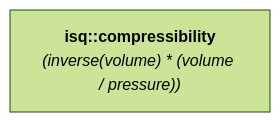
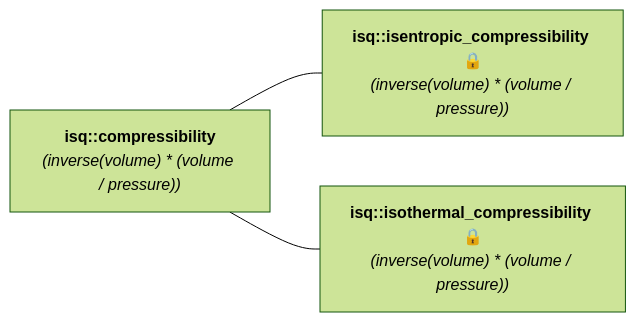
One commit to mpusz/mp-units changed the diagram in docs/reference/systems_reference/hierarchies/compressibility.md. Above: the diagram before and after it, drawn with Mermaid (forest theme). The commit also changed other lines of this file and 38 other files, not shown here.

````diff
--- a/docs/reference/systems_reference/hierarchies/compressibility.md
+++ b/docs/reference/systems_reference/hierarchies/compressibility.md
@@ -8,4 +8,8 @@
 ```mermaid
 flowchart LR
     isq_compressibility["<b><a href="../../systems/isq/#compressibility" style="color: var(--md-mermaid-label-fg-color); text-decoration: none;">isq::compressibility</a></b><br><i>(inverse(<a href="../../systems/isq/#volume" style="color: var(--md-mermaid-label-fg-color); text-decoration: none;">volume</a>) * (<a href="../../systems/isq/#volume" style="color: var(--md-mermaid-label-fg-color); text-decoration: none;">volume</a> / <a href="../../systems/isq/#pressure" style="color: var(--md-mermaid-label-fg-color); text-decoration: none;">pressure</a>))</i>"]
+    isq_isentropic_compressibility["<b><a href="../../systems/isq/#isentropic_compressibility" style="color: var(--md-mermaid-label-fg-color); text-decoration: none;">isq::isentropic_compressibility</a> 🔒</b><br><i>(inverse(<a href="../../systems/isq/#volume" style="color: var(--md-mermaid-label-fg-color); text-decoration: none;">volume</a>) * (<a href="../../systems/isq/#volume" style="color: var(--md-mermaid-label-fg-color); text-decoration: none;">volume</a> / <a href="../../systems/isq/#pressure" style="color: var(--md-mermaid-label-fg-color); text-decoration: none;">pressure</a>))</i>"]
+    isq_compressibility --- isq_isentropic_compressibility
+    isq_isothermal_compressibility["<b><a href="../../systems/isq/#isothermal_compressibility" style="color: var(--md-mermaid-label-fg-color); text-decoration: none;">isq::isothermal_compressibility</a> 🔒</b><br><i>(inverse(<a href="../../systems/isq/#volume" style="color: var(--md-mermaid-label-fg-color); text-decoration: none;">volume</a>) * (<a href="../../systems/isq/#volume" style="color: var(--md-mermaid-label-fg-color); text-decoration: none;">volume</a> / <a href="../../systems/isq/#pressure" style="color: var(--md-mermaid-label-fg-color); text-decoration: none;">pressure</a>))</i>"]
+    isq_compressibility --- isq_isothermal_compressibility
 ```
````
